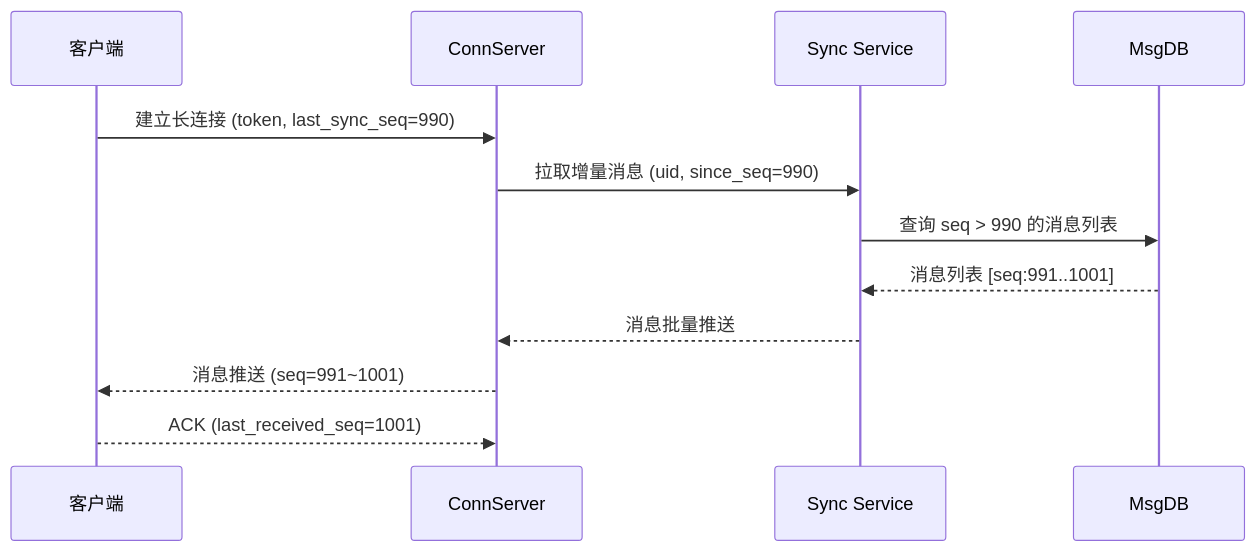
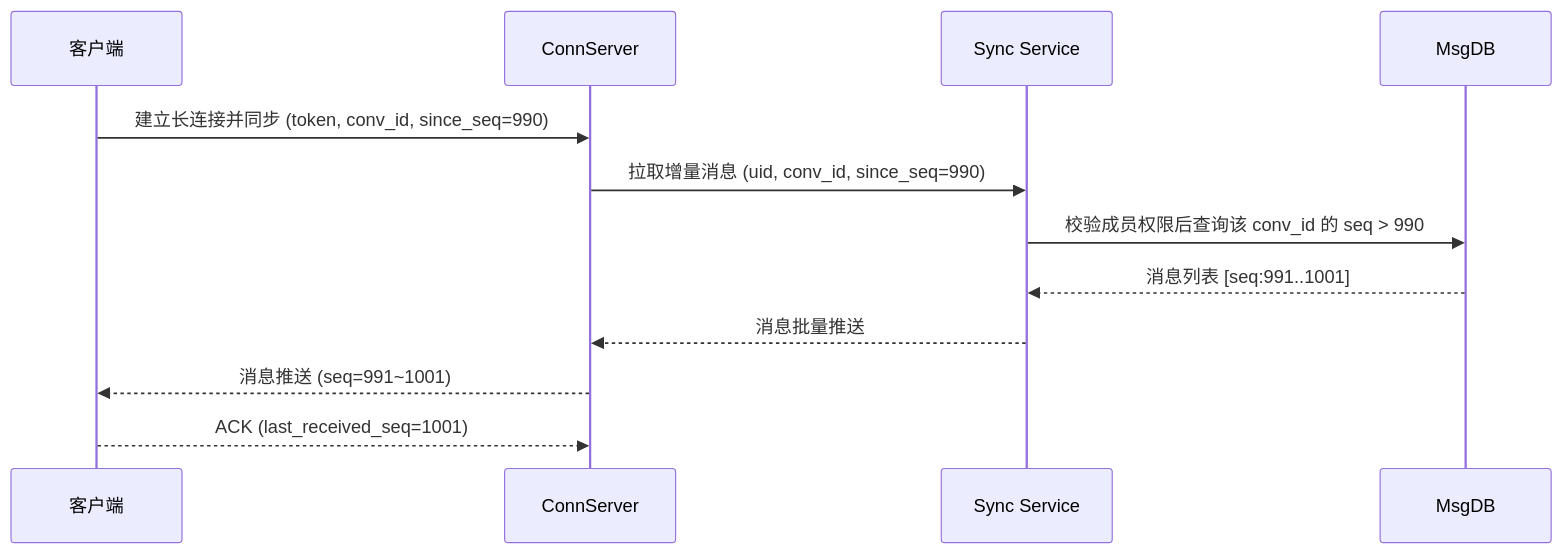
Before and after one commit to liukun2634/dev-interview-guide: the third of 5 diagrams in docs/system-design/interview-cases/wechat-messaging.md, drawn with Mermaid. The commit also changed other lines of this file and 25 other files, not shown here.

````diff
--- a/docs/system-design/interview-cases/wechat-messaging.md
+++ b/docs/system-design/interview-cases/wechat-messaging.md
@@ -288,15 +298,15 @@
 ```mermaid
 sequenceDiagram
     participant C as 客户端
     participant CS as ConnServer
     participant Sync as Sync Service
     participant MsgDB as MsgDB
 
-    C->>CS: 建立长连接 (token, last_sync_seq=990)
-    CS->>Sync: 拉取增量消息 (uid, since_seq=990)
-    Sync->>MsgDB: 查询 seq > 990 的消息列表
+    C->>CS: 建立长连接并同步 (token, conv_id, since_seq=990)
+    CS->>Sync: 拉取增量消息 (uid, conv_id, since_seq=990)
+    Sync->>MsgDB: 校验成员权限后查询该 conv_id 的 seq > 990
     MsgDB-->>Sync: 消息列表 [seq:991..1001]
     Sync-->>CS: 消息批量推送
     CS-->>C: 消息推送 (seq=991~1001)
     C-->>CS: ACK (last_received_seq=1001)
 ```
````
